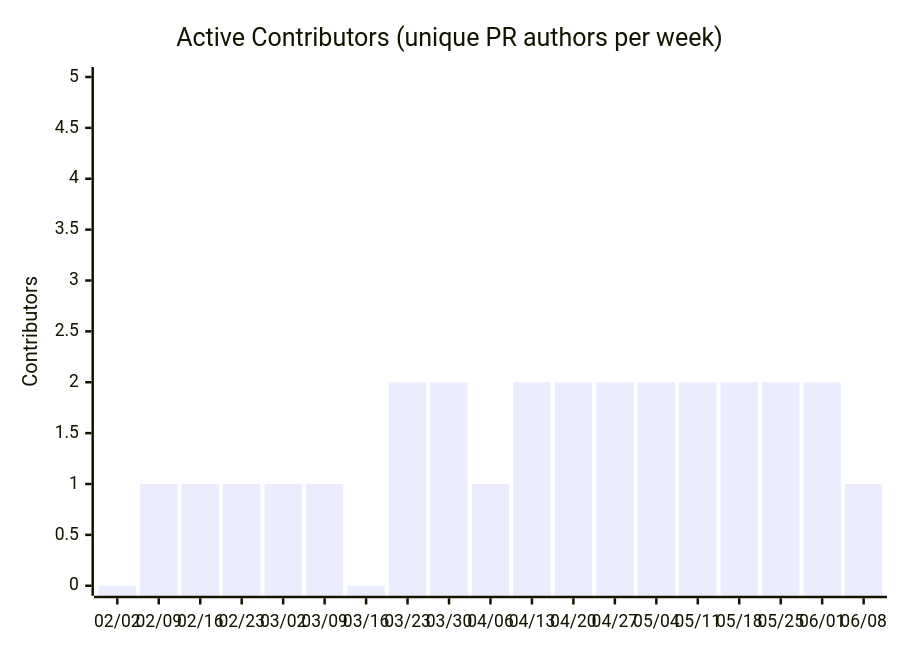
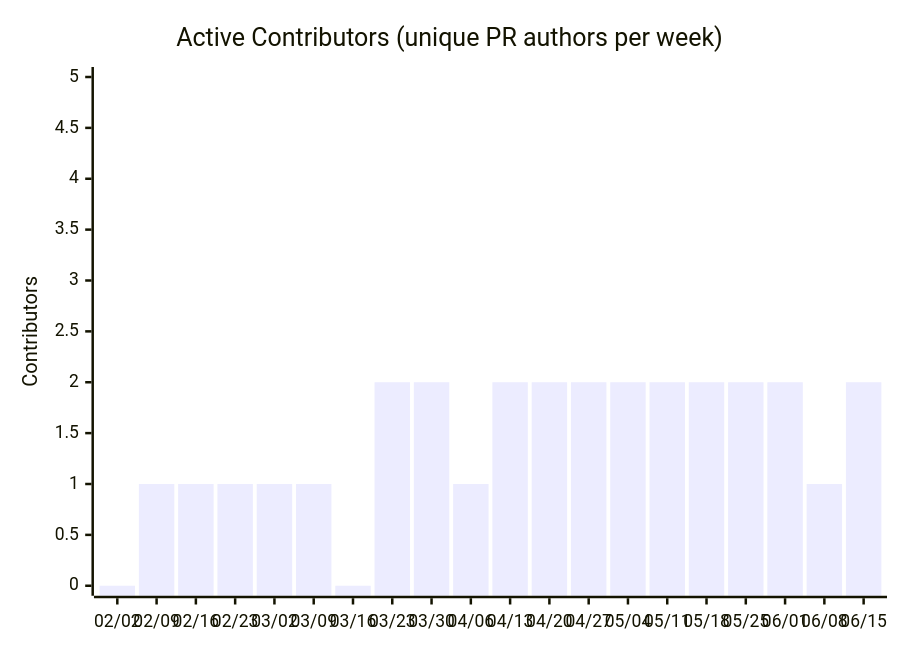
Before and after one commit to nablarch/nabledge-dev: the seventh of 14 diagrams in docs/metrics.md, drawn with Mermaid. The commit also changed other lines of this file and 2 other files, not shown here.

````diff
--- a/docs/metrics.md
+++ b/docs/metrics.md
@@ -109,7 +109,7 @@
 ```mermaid
 xychart-beta
   title "Active Contributors (unique PR authors per week)"
-  x-axis ["02/02", "02/09", "02/16", "02/23", "03/02", "03/09", "03/16", "03/23", "03/30", "04/06", "04/13", "04/20", "04/27", "05/04", "05/11", "05/18", "05/25", "06/01", "06/08"]
+  x-axis ["02/02", "02/09", "02/16", "02/23", "03/02", "03/09", "03/16", "03/23", "03/30", "04/06", "04/13", "04/20", "04/27", "05/04", "05/11", "05/18", "05/25", "06/01", "06/08", "06/15"]
   y-axis "Contributors" 0 --> 5
-  bar [0, 1, 1, 1, 1, 1, 0, 2, 2, 1, 2, 2, 2, 2, 2, 2, 2, 2, 1]
+  bar [0, 1, 1, 1, 1, 1, 0, 2, 2, 1, 2, 2, 2, 2, 2, 2, 2, 2, 1, 2]
 ```
````
